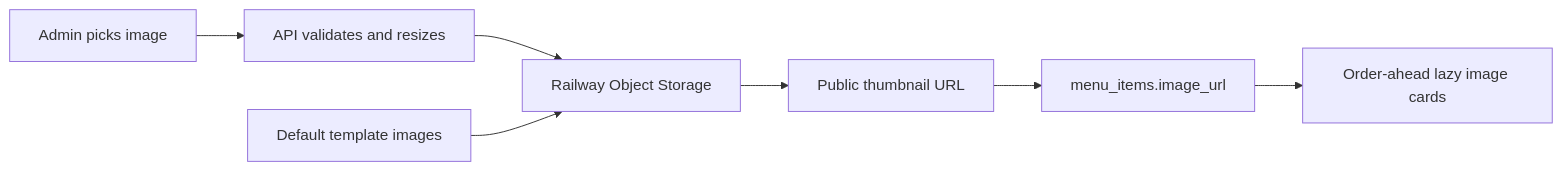
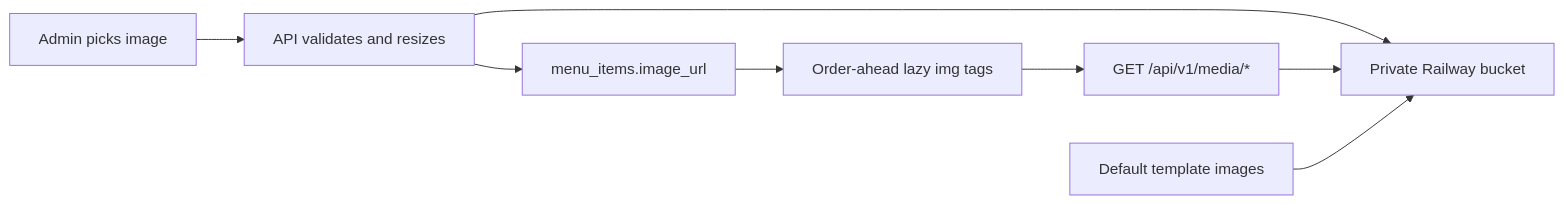
One commit to SeanIntegrator/moonshot changed the diagram in docs/menu-images.md. Above: the diagram before and after it, drawn with Mermaid. The commit also changed other lines of this file and 7 other files, not shown here.

````diff
--- a/docs/menu-images.md
+++ b/docs/menu-images.md
@@ -7,9 +7,10 @@
 ```mermaid
 flowchart LR
   AdminUpload["Admin picks image"] --> ApiUpload["API validates and resizes"]
-  ApiUpload --> RailwayBucket["Railway Object Storage"]
-  RailwayBucket --> PublicUrl["Public thumbnail URL"]
-  PublicUrl --> MenuItem["menu_items.image_url"]
-  MenuItem --> OrderAhead["Order-ahead lazy image cards"]
+  ApiUpload --> RailwayBucket["Private Railway bucket"]
+  ApiUpload --> MenuItem["menu_items.image_url"]
+  MenuItem --> OrderAhead["Order-ahead lazy img tags"]
+  OrderAhead --> ApiMedia["GET /api/v1/media/*"]
+  ApiMedia --> RailwayBucket
   TemplateSeed["Default template images"] --> RailwayBucket
 ```
````
